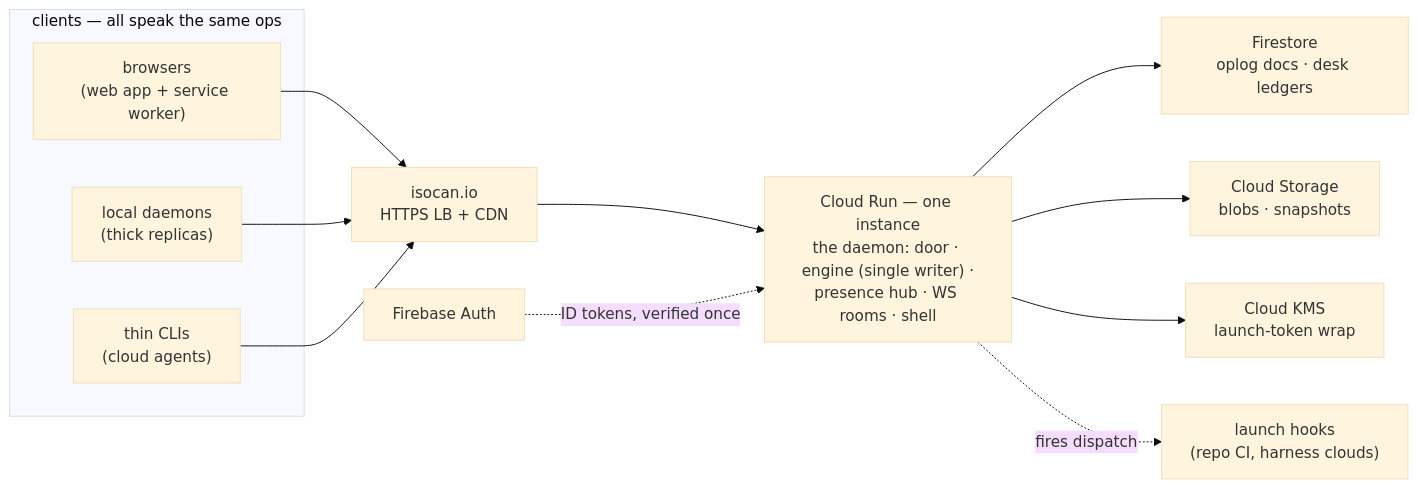
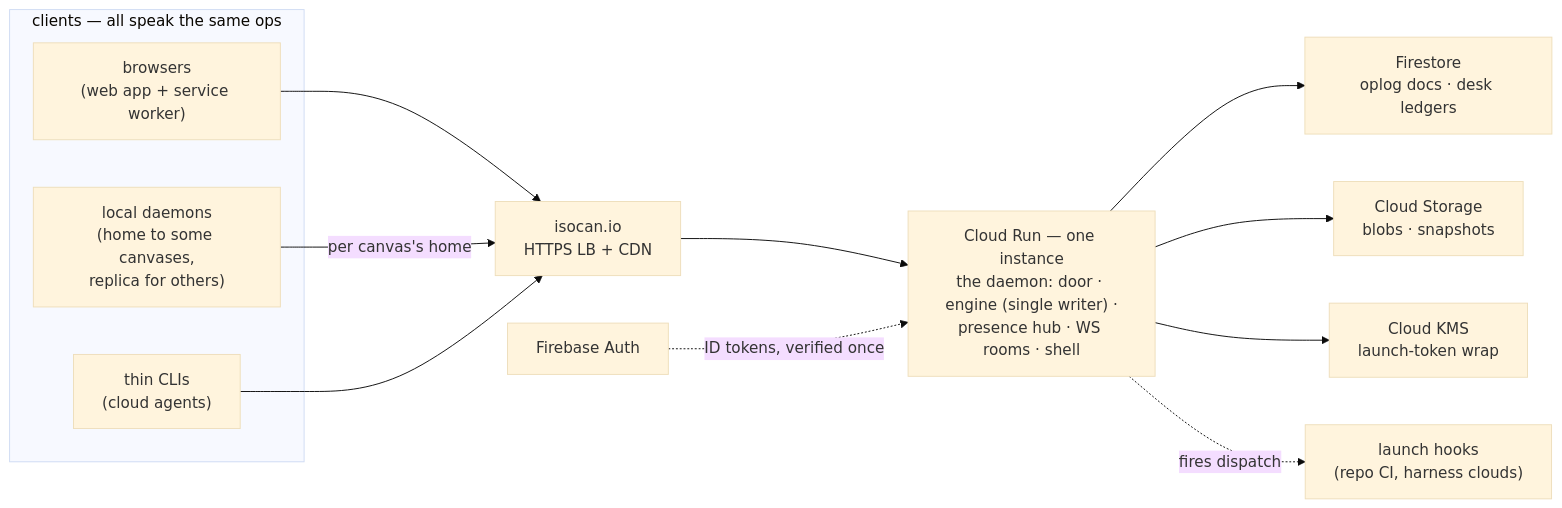
One commit to dglazkov/isocan changed the diagram in docs/architecture.md. Above: the diagram before and after it, drawn with Mermaid (base theme). The commit also changed other lines of this file and 46 other files, not shown here.

````diff
--- a/docs/architecture.md
+++ b/docs/architecture.md
@@ -88,17 +95,17 @@
 ```mermaid
 flowchart LR
     subgraph clients["clients — all speak the same ops"]
         B["browsers<br/>(web app + service worker)"]
-        LD["local daemons<br/>(thick replicas)"]
+        LD["local daemons<br/>(home to some canvases,<br/>replica for others)"]
         TC["thin CLIs<br/>(cloud agents)"]
     end
     B --> LB["isocan.io<br/>HTTPS LB + CDN"]
-    LD --> LB
+    LD -->|"per canvas's home"| LB
     TC --> LB
     LB --> CR["Cloud Run — one instance<br/>the daemon: door · engine (single writer) ·<br/>presence hub · WS rooms · shell"]
     CR --> FS["Firestore<br/>oplog docs · desk ledgers"]
     CR --> GCS["Cloud Storage<br/>blobs · snapshots"]
     CR --> KMS["Cloud KMS<br/>launch-token wrap"]
     CR -.fires dispatch.-> HOOK["launch hooks<br/>(repo CI, harness clouds)"]
     FBA["Firebase Auth"] -.ID tokens, verified once.-> CR
 ```
````
